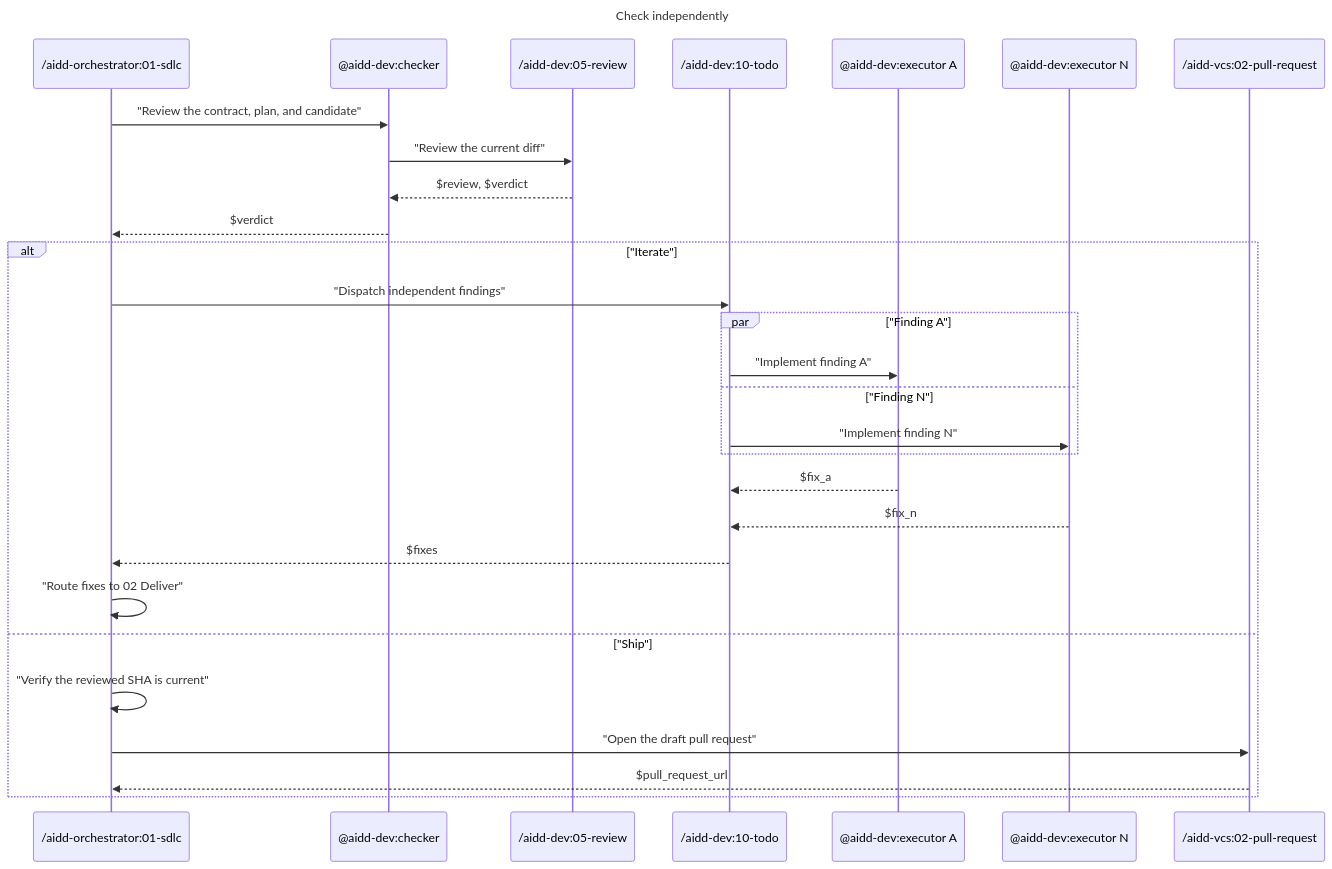
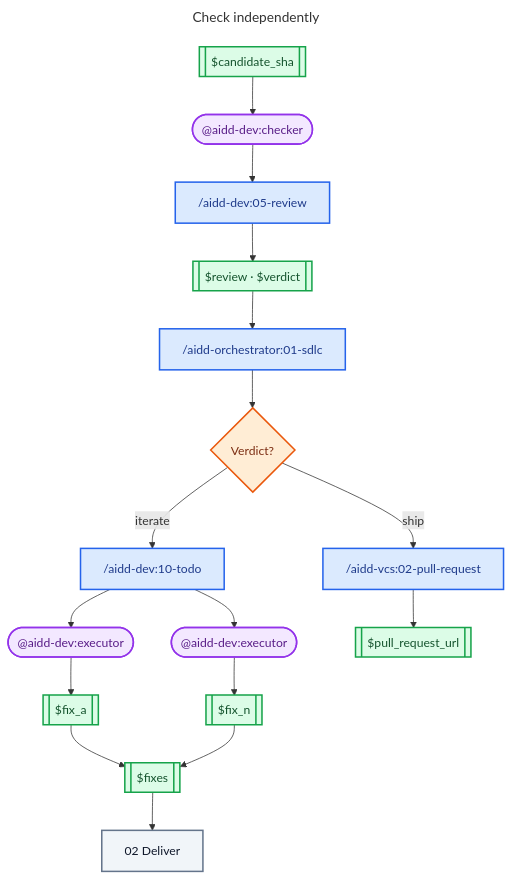
One commit to ai-driven-dev/aidd-framework changed the diagram in plugins/aidd-orchestrator/skills/01-sdlc/references/03-check.md. Above: the diagram before and after it, drawn with Mermaid. The commit also changed 3 other files, not shown here.

Commit message:
refactor(orchestrator): simplify SDLC diagrams

````diff
--- a/plugins/aidd-orchestrator/skills/01-sdlc/references/03-check.md
+++ b/plugins/aidd-orchestrator/skills/01-sdlc/references/03-check.md
@@ -5,34 +5,49 @@
 ```mermaid
 ---
 title: Check independently
 ---
-sequenceDiagram
-  participant Sdlc as /aidd-orchestrator:01-sdlc
-  participant Checker as @aidd-dev:checker
-  participant Review as /aidd-dev:05-review
-  participant Todo as /aidd-dev:10-todo
-  participant ExecutorA as @aidd-dev:executor A
-  participant ExecutorN as @aidd-dev:executor N
-  participant PullRequest as /aidd-vcs:02-pull-request
+flowchart TB
+  CandidateSha[["$candidate_sha"]]
+  Checker(["@aidd-dev:checker"])
+  Review["/aidd-dev:05-review"]
+  ReviewArtifact[["$review · $verdict"]]
+  Sdlc["/aidd-orchestrator:01-sdlc"]
+  Verdict{"Verdict?"}
+  Todo["/aidd-dev:10-todo"]
+  ExecutorFirst(["@aidd-dev:executor"])
+  ExecutorLast(["@aidd-dev:executor"])
+  FixFirst[["$fix_a"]]
+  FixLast[["$fix_n"]]
+  Fixes[["$fixes"]]
+  Deliver["02 Deliver"]
+  PullRequest["/aidd-vcs:02-pull-request"]
+  PullRequestUrl[["$pull_request_url"]]
 
-  Sdlc->>Checker: "Review the contract, plan, and candidate"
-  Checker->>Review: "Review the current diff"
-  Review-->>Checker: $review, $verdict
-  Checker-->>Sdlc: $verdict
-  alt "Iterate"
-    Sdlc->>Todo: "Dispatch independent findings"
-    par "Finding A"
-      Todo->>ExecutorA: "Implement finding A"
-    and "Finding N"
-      Todo->>ExecutorN: "Implement finding N"
-    end
-    ExecutorA-->>Todo: $fix_a
-    ExecutorN-->>Todo: $fix_n
-    Todo-->>Sdlc: $fixes
-    Sdlc->>Sdlc: "Route fixes to 02 Deliver"
-  else "Ship"
-    Sdlc->>Sdlc: "Verify the reviewed SHA is current"
-    Sdlc->>PullRequest: "Open the draft pull request"
-    PullRequest-->>Sdlc: $pull_request_url
-  end
+  CandidateSha --> Checker
+  Checker --> Review
+  Review --> ReviewArtifact
+  ReviewArtifact --> Sdlc
+  Sdlc --> Verdict
+  Verdict -- "iterate" --> Todo
+  Todo --> ExecutorFirst
+  Todo --> ExecutorLast
+  ExecutorFirst --> FixFirst
+  ExecutorLast --> FixLast
+  FixFirst --> Fixes
+  FixLast --> Fixes
+  Fixes --> Deliver
+  Verdict -- "ship" --> PullRequest
+  PullRequest --> PullRequestUrl
+
+  classDef skill fill:#DBEAFE,stroke:#2563EB,color:#1E3A8A,stroke-width:2px
+  classDef agent fill:#F3E8FF,stroke:#9333EA,color:#581C87,stroke-width:2px
+  classDef artifact fill:#DCFCE7,stroke:#16A34A,color:#14532D,stroke-width:2px
+  classDef decision fill:#FFEDD5,stroke:#EA580C,color:#7C2D12,stroke-width:2px
+  classDef zone fill:#F1F5F9,stroke:#64748B,color:#0F172A,stroke-width:2px
+
+  class Review,Sdlc,Todo,PullRequest skill
+  class Checker,ExecutorFirst,ExecutorLast agent
+  class CandidateSha,ReviewArtifact,FixFirst,FixLast,Fixes,PullRequestUrl artifact
+  class Verdict decision
+  class Deliver zone
 ```
````
